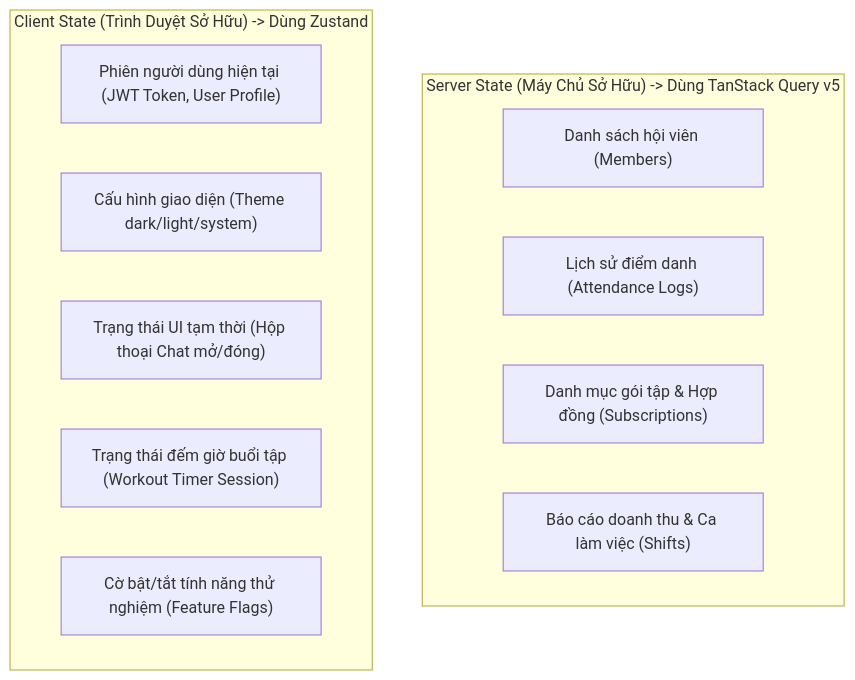
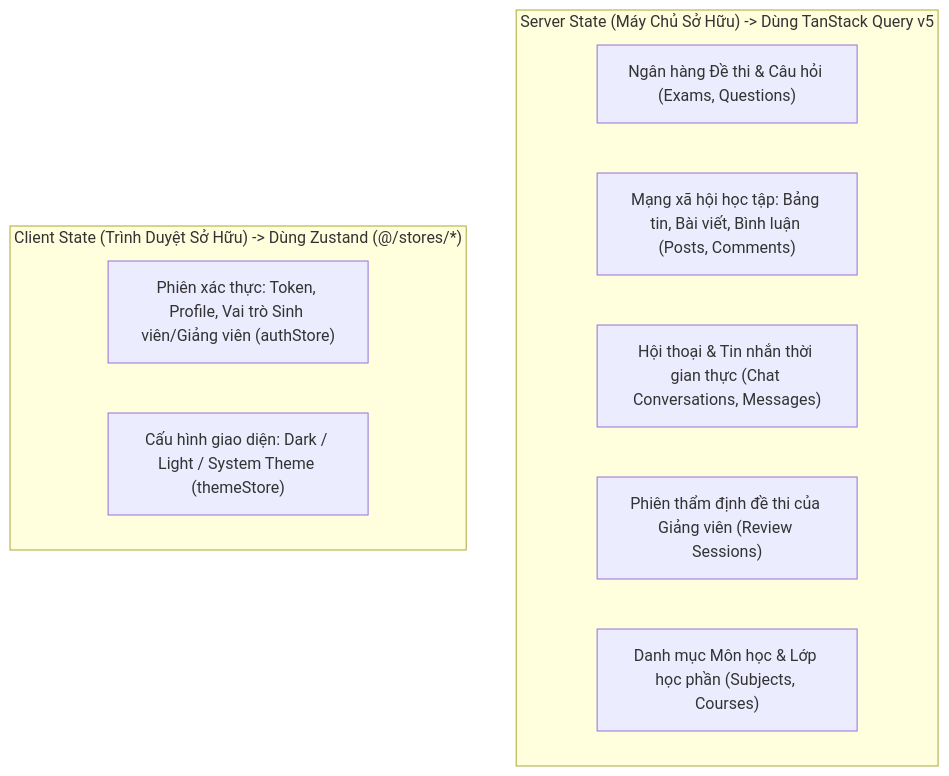
One commit to lethanhan01/Social-network-for-student-Generated-Question-Bank changed the first of 3 diagrams in src/stores/README.md. Above: the diagram before and after it, drawn with Mermaid. The commit also changed other lines of this file and 6 other files, not shown here.

````diff
--- a/src/stores/README.md
+++ b/src/stores/README.md
@@ -31,17 +38,15 @@
 ```mermaid
 graph TD
     subgraph "Server State (Máy Chủ Sở Hữu) -> Dùng TanStack Query v5"
-        S1["Danh sách hội viên (Members)"]
-        S2["Lịch sử điểm danh (Attendance Logs)"]
-        S3["Danh mục gói tập & Hợp đồng (Subscriptions)"]
-        S4["Báo cáo doanh thu & Ca làm việc (Shifts)"]
+        S1["Ngân hàng Đề thi & Câu hỏi (Exams, Questions)"]
+        S2["Mạng xã hội học tập: Bảng tin, Bài viết, Bình luận (Posts, Comments)"]
+        S3["Hội thoại & Tin nhắn thời gian thực (Chat Conversations, Messages)"]
+        S4["Phiên thẩm định đề thi của Giảng viên (Review Sessions)"]
+        S5["Danh mục Môn học & Lớp học phần (Subjects, Courses)"]
     end
 
-    subgraph "Client State (Trình Duyệt Sở Hữu) -> Dùng Zustand"
-        C1["Phiên người dùng hiện tại (JWT Token, User Profile)"]
-        C2["Cấu hình giao diện (Theme dark/light/system)"]
-        C3["Trạng thái UI tạm thời (Hộp thoại Chat mở/đóng)"]
-        C4["Trạng thái đếm giờ buổi tập (Workout Timer Session)"]
-        C5["Cờ bật/tắt tính năng thử nghiệm (Feature Flags)"]
+    subgraph "Client State (Trình Duyệt Sở Hữu) -> Dùng Zustand (@/stores/*)"
+        C1["Phiên xác thực: Token, Profile, Vai trò Sinh viên/Giảng viên (authStore)"]
+        C2["Cấu hình giao diện: Dark / Light / System Theme (themeStore)"]
     end
 ```
````
